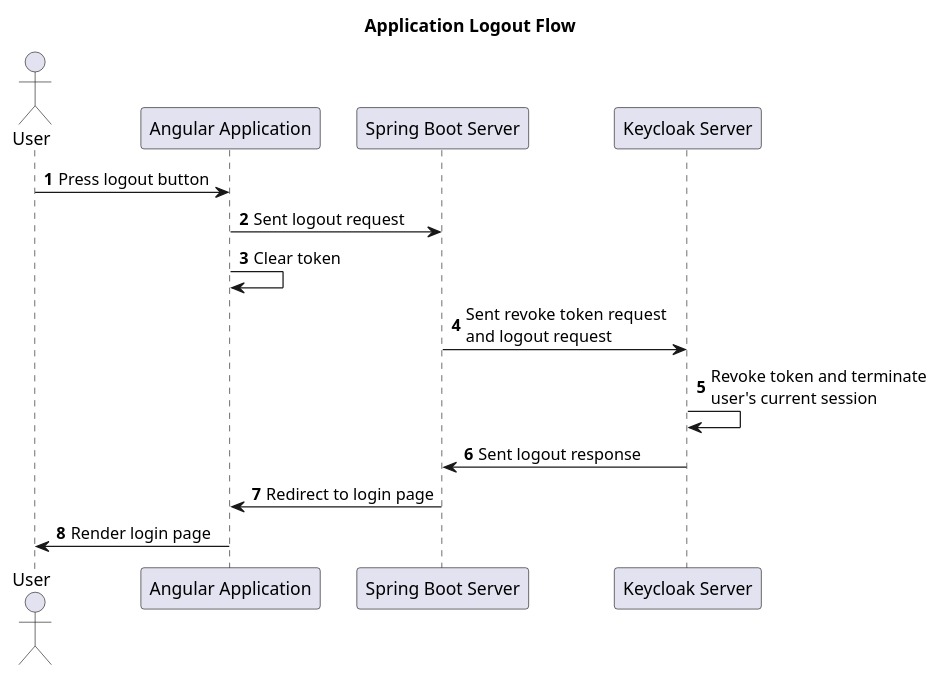
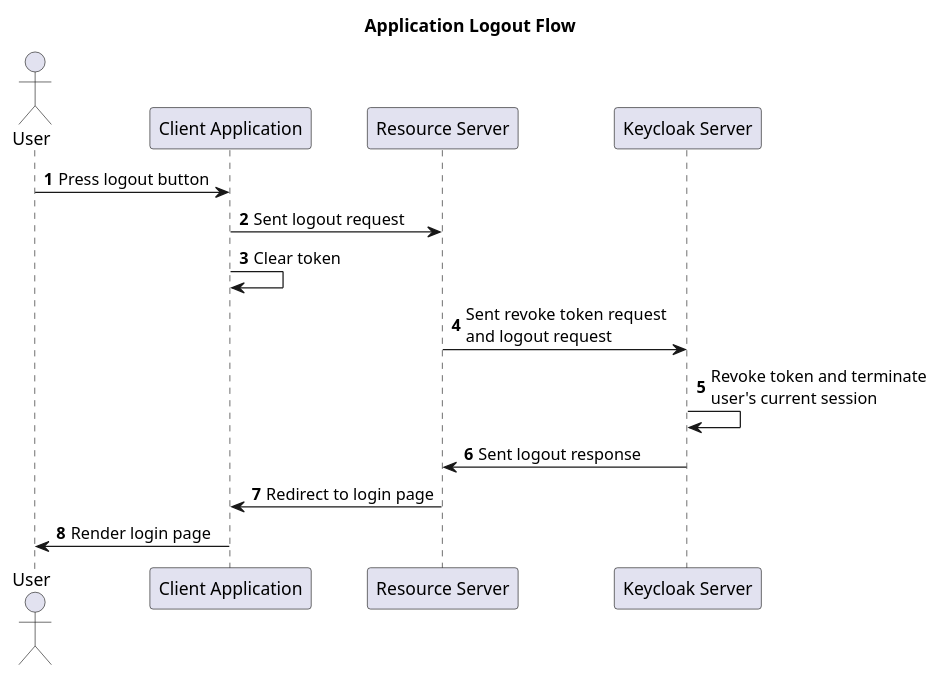
Before and after one commit to SeenamZaSodaSingha/Spring-Angular-KC: the diagram in Diagram/logout.wsd, drawn with PlantUML. The commit also changed 5 other files, not shown here.

```diff
--- a/Diagram/logout.wsd
+++ b/Diagram/logout.wsd
@@ -1,20 +1,20 @@
 @startuml normal flow
 
 title Application Logout Flow
 
 actor User as User
-participant "Angular Application" as Client
-participant "Spring Boot Server" as Server
+participant "Client Application" as Client
+participant "Resource Server" as Server
 participant "Keycloak Server" as Keycloak
 
 autonumber
 User -> Client: Press logout button
 Client -> Server: Sent logout request
 Client -> Client: Clear token
 Server -> Keycloak: Sent revoke token request\nand logout request
 Keycloak -> Keycloak: Revoke token and terminate\nuser's current session
 Keycloak -> Server: Sent logout response
 Server -> Client: Redirect to login page
 Client -> User: Render login page
 
 @enduml
```
